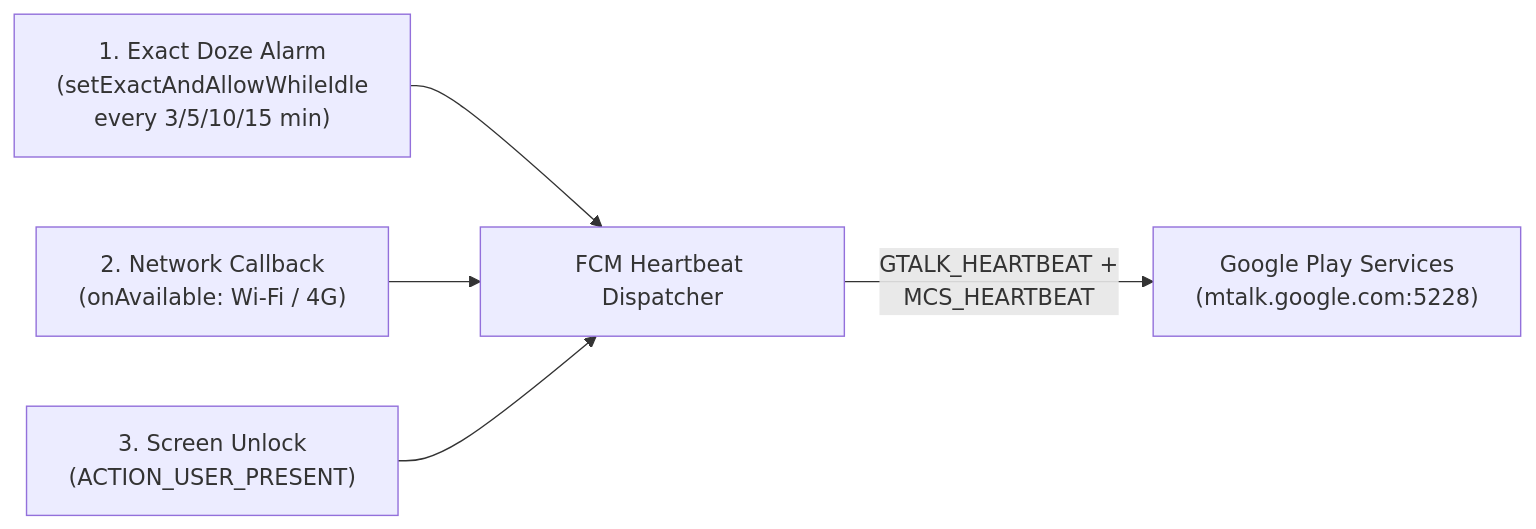
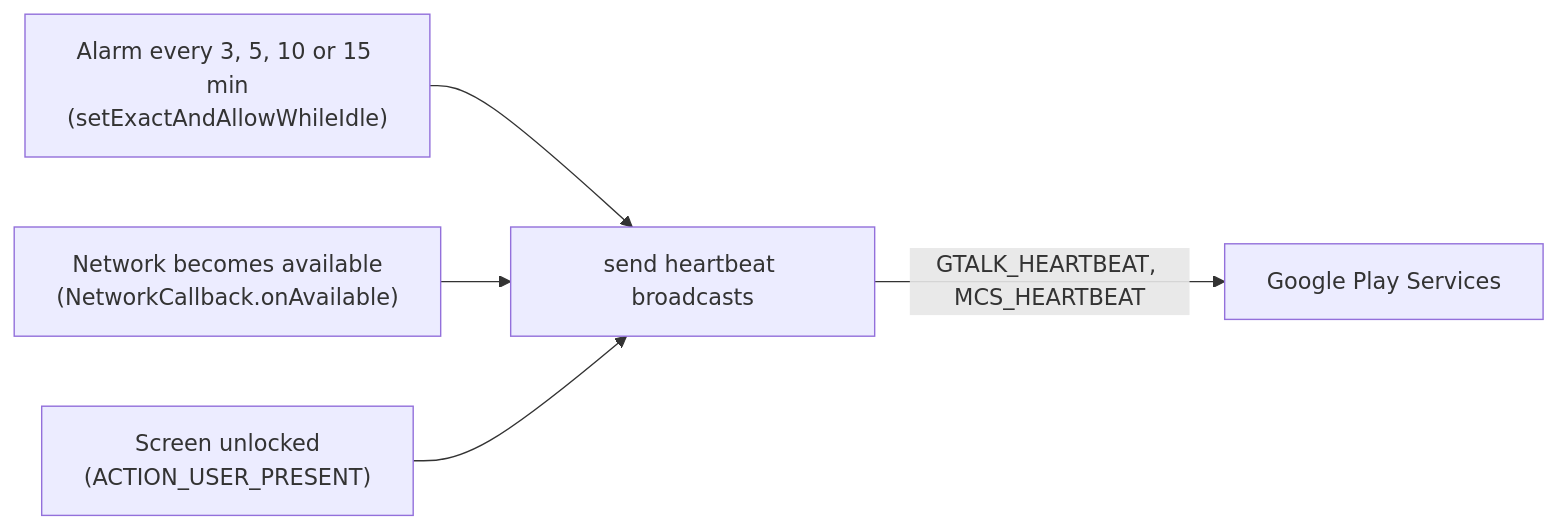
Before and after one commit to Tthanh2k6/GiuThongBao: the diagram in README.md, drawn with Mermaid. The commit also changed other lines of this file and 3 other files, not shown here.

````diff
--- a/README.md
+++ b/README.md
@@ -28,7 +7,7 @@
 ```mermaid
 flowchart LR
-    Alarm["1. Exact Doze Alarm\n(setExactAndAllowWhileIdle\nevery 3/5/10/15 min)"] --> Pulse["FCM Heartbeat Dispatcher"]
-    Net["2. Network Callback\n(onAvailable: Wi-Fi / 4G)"] --> Pulse
-    Unlock["3. Screen Unlock\n(ACTION_USER_PRESENT)"] --> Pulse
-    Pulse -->|"GTALK_HEARTBEAT +\nMCS_HEARTBEAT"| GMS["Google Play Services\n(mtalk.google.com:5228)"]
+    Alarm["Alarm every 3, 5, 10 or 15 min<br>(setExactAndAllowWhileIdle)"] --> Pulse["send heartbeat broadcasts"]
+    Net["Network becomes available<br>(NetworkCallback.onAvailable)"] --> Pulse
+    Unlock["Screen unlocked<br>(ACTION_USER_PRESENT)"] --> Pulse
+    Pulse -->|"GTALK_HEARTBEAT, MCS_HEARTBEAT"| GMS["Google Play Services"]
 ```
````
